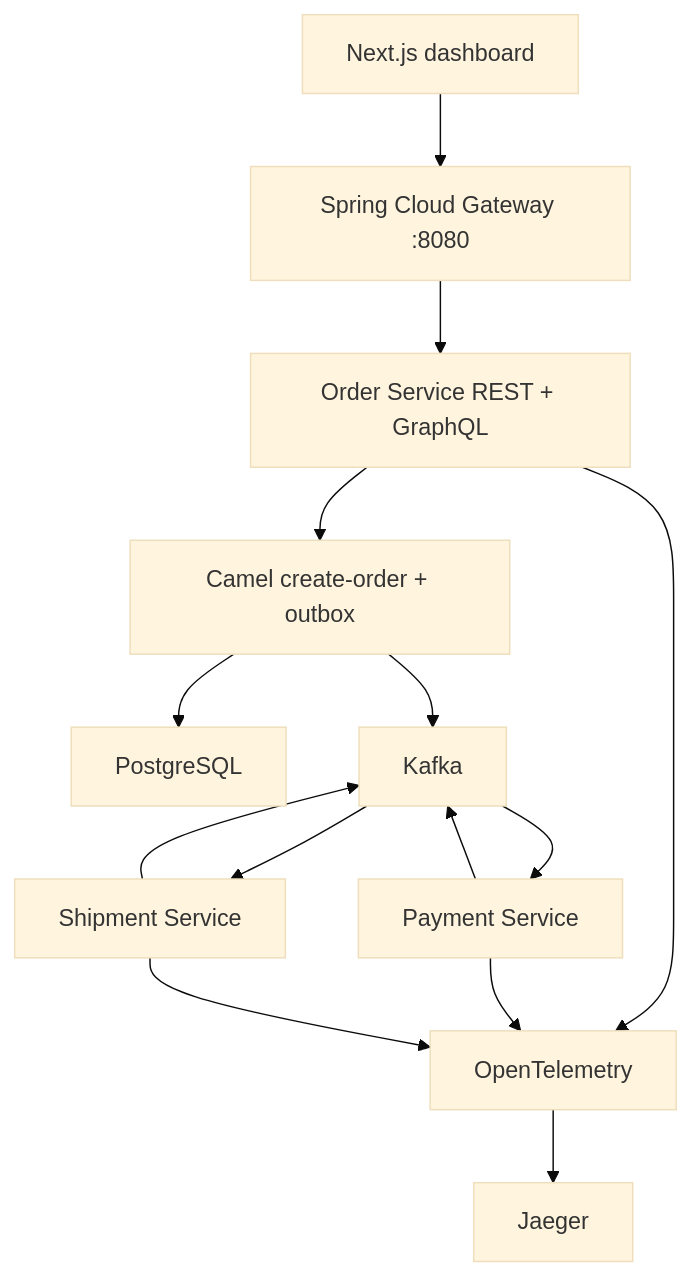
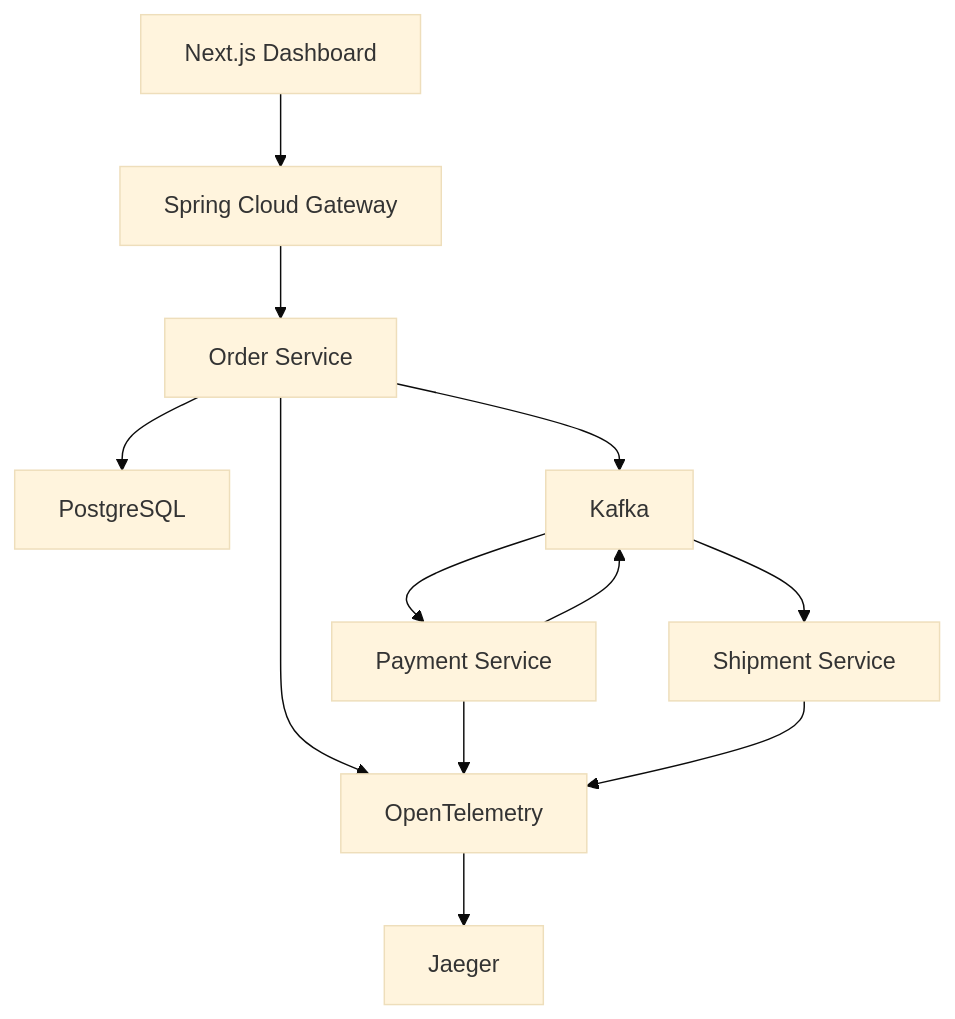
Before and after one commit to Plk-g/flowforge-order-orchestration: the diagram in README.md, drawn with Mermaid (base theme). The commit also changed other lines of this file, not shown here.

````diff
--- a/README.md
+++ b/README.md
@@ -35,16 +9,14 @@
 ```mermaid
 flowchart TD
-    UI["Next.js dashboard"] --> GW["Spring Cloud Gateway :8080"]
-    GW --> OS["Order Service REST + GraphQL"]
-    OS --> CAMEL["Camel create-order + outbox"]
-    CAMEL --> DB["PostgreSQL"]
-    CAMEL --> K["Kafka"]
+    UI["Next.js Dashboard"] --> GW["Spring Cloud Gateway"]
+    GW --> OS["Order Service"]
+    OS --> DB["PostgreSQL"]
+    OS --> K["Kafka"]
     K --> PS["Payment Service"]
     PS --> K
     K --> SS["Shipment Service"]
-    SS --> K
     OS --> OTEL["OpenTelemetry"]
     PS --> OTEL
     SS --> OTEL
     OTEL --> J["Jaeger"]
 ```
````
